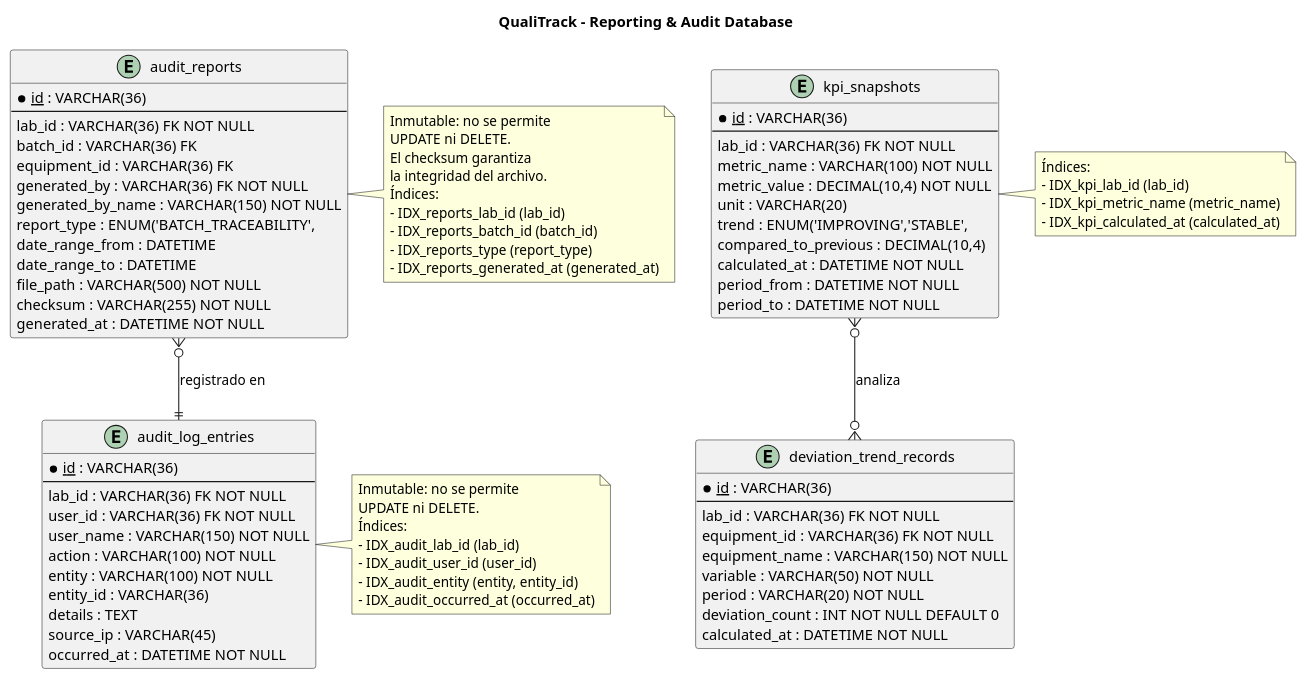
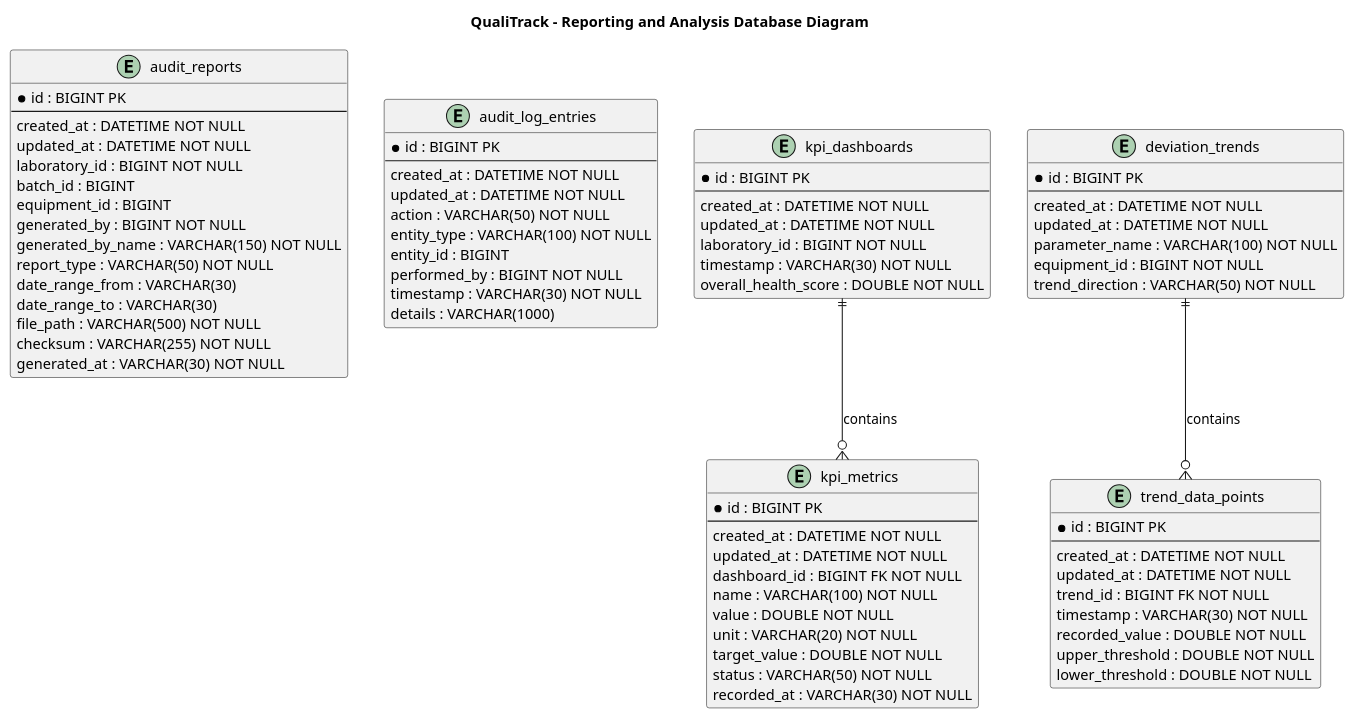
The diagram in docs/diagrams/ra/ra-database-diagram.puml (ClosedSource-11848/qualitrack-platform), drawn with PlantUML before and after one commit. The commit also changed 18 other files, not shown here.

Commit message:
docs(docs): fix backend and data base diagrams.

```diff
--- a/docs/diagrams/ra/ra-database-diagram.puml
+++ b/docs/diagrams/ra/ra-database-diagram.puml
@@ -1,99 +1,88 @@
-@startuml reporting-database-diagram
-title QualiTrack – Reporting & Audit Database
+@startuml ra-database-diagram
+
+title QualiTrack - Reporting and Analysis Database Diagram
 
 hide methods
 hide stereotypes
 
 entity "audit_reports" {
-  * <u>id</u> : VARCHAR(36)
+  * id : BIGINT PK
   --
-  lab_id : VARCHAR(36) FK NOT NULL
-  batch_id : VARCHAR(36) FK
-  equipment_id : VARCHAR(36) FK
-  generated_by : VARCHAR(36) FK NOT NULL
+  created_at : DATETIME NOT NULL
+  updated_at : DATETIME NOT NULL
+  laboratory_id : BIGINT NOT NULL
+  batch_id : BIGINT
+  equipment_id : BIGINT
+  generated_by : BIGINT NOT NULL
   generated_by_name : VARCHAR(150) NOT NULL
-  report_type : ENUM('BATCH_TRACEABILITY',
-    'COMPLIANCE_PERIOD',
-    'EQUIPMENT_LOG',
-    'KPI_SUMMARY') NOT NULL
-  date_range_from : DATETIME
-  date_range_to : DATETIME
+  report_type : VARCHAR(50) NOT NULL
+  date_range_from : VARCHAR(30)
+  date_range_to : VARCHAR(30)
   file_path : VARCHAR(500) NOT NULL
   checksum : VARCHAR(255) NOT NULL
-  generated_at : DATETIME NOT NULL
-}
-
-entity "kpi_snapshots" {
-  * <u>id</u> : VARCHAR(36)
-  --
-  lab_id : VARCHAR(36) FK NOT NULL
-  metric_name : VARCHAR(100) NOT NULL
-  metric_value : DECIMAL(10,4) NOT NULL
-  unit : VARCHAR(20)
-  trend : ENUM('IMPROVING','STABLE',
-    'WORSENING')
-  compared_to_previous : DECIMAL(10,4)
-  calculated_at : DATETIME NOT NULL
-  period_from : DATETIME NOT NULL
-  period_to : DATETIME NOT NULL
-}
-
-entity "deviation_trend_records" {
-  * <u>id</u> : VARCHAR(36)
-  --
-  lab_id : VARCHAR(36) FK NOT NULL
-  equipment_id : VARCHAR(36) FK NOT NULL
-  equipment_name : VARCHAR(150) NOT NULL
-  variable : VARCHAR(50) NOT NULL
-  period : VARCHAR(20) NOT NULL
-  deviation_count : INT NOT NULL DEFAULT 0
-  calculated_at : DATETIME NOT NULL
+  generated_at : VARCHAR(30) NOT NULL
 }
 
 entity "audit_log_entries" {
-  * <u>id</u> : VARCHAR(36)
+  * id : BIGINT PK
   --
-  lab_id : VARCHAR(36) FK NOT NULL
-  user_id : VARCHAR(36) FK NOT NULL
-  user_name : VARCHAR(150) NOT NULL
-  action : VARCHAR(100) NOT NULL
-  entity : VARCHAR(100) NOT NULL
-  entity_id : VARCHAR(36)
-  details : TEXT
-  source_ip : VARCHAR(45)
-  occurred_at : DATETIME NOT NULL
+  created_at : DATETIME NOT NULL
+  updated_at : DATETIME NOT NULL
+  action : VARCHAR(50) NOT NULL
+  entity_type : VARCHAR(100) NOT NULL
+  entity_id : BIGINT
+  performed_by : BIGINT NOT NULL
+  timestamp : VARCHAR(30) NOT NULL
+  details : VARCHAR(1000)
 }
 
-audit_reports }o--|| audit_log_entries : "registrado en"
-kpi_snapshots }o--o{ deviation_trend_records : "analiza"
+entity "kpi_dashboards" {
+  * id : BIGINT PK
+  --
+  created_at : DATETIME NOT NULL
+  updated_at : DATETIME NOT NULL
+  laboratory_id : BIGINT NOT NULL
+  timestamp : VARCHAR(30) NOT NULL
+  overall_health_score : DOUBLE NOT NULL
+}
 
-note right of audit_reports
-  Inmutable: no se permite
-  UPDATE ni DELETE.
-  El checksum garantiza
-  la integridad del archivo.
-  Índices:
-  - IDX_reports_lab_id (lab_id)
-  - IDX_reports_batch_id (batch_id)
-  - IDX_reports_type (report_type)
-  - IDX_reports_generated_at (generated_at)
-end note
+entity "kpi_metrics" {
+  * id : BIGINT PK
+  --
+  created_at : DATETIME NOT NULL
+  updated_at : DATETIME NOT NULL
+  dashboard_id : BIGINT FK NOT NULL
+  name : VARCHAR(100) NOT NULL
+  value : DOUBLE NOT NULL
+  unit : VARCHAR(20) NOT NULL
+  target_value : DOUBLE NOT NULL
+  status : VARCHAR(50) NOT NULL
+  recorded_at : VARCHAR(30) NOT NULL
+}
 
-note right of audit_log_entries
-  Inmutable: no se permite
-  UPDATE ni DELETE.
-  Índices:
-  - IDX_audit_lab_id (lab_id)
-  - IDX_audit_user_id (user_id)
-  - IDX_audit_entity (entity, entity_id)
-  - IDX_audit_occurred_at (occurred_at)
-end note
+entity "deviation_trends" {
+  * id : BIGINT PK
+  --
+  created_at : DATETIME NOT NULL
+  updated_at : DATETIME NOT NULL
+  parameter_name : VARCHAR(100) NOT NULL
+  equipment_id : BIGINT NOT NULL
+  trend_direction : VARCHAR(50) NOT NULL
+}
 
-note right of kpi_snapshots
-  Índices:
-  - IDX_kpi_lab_id (lab_id)
-  - IDX_kpi_metric_name (metric_name)
-  - IDX_kpi_calculated_at (calculated_at)
-end note
+entity "trend_data_points" {
+  * id : BIGINT PK
+  --
+  created_at : DATETIME NOT NULL
+  updated_at : DATETIME NOT NULL
+  trend_id : BIGINT FK NOT NULL
+  timestamp : VARCHAR(30) NOT NULL
+  recorded_value : DOUBLE NOT NULL
+  upper_threshold : DOUBLE NOT NULL
+  lower_threshold : DOUBLE NOT NULL
+}
+
+kpi_dashboards ||--o{ kpi_metrics : contains
+deviation_trends ||--o{ trend_data_points : contains
 
 @enduml
```
